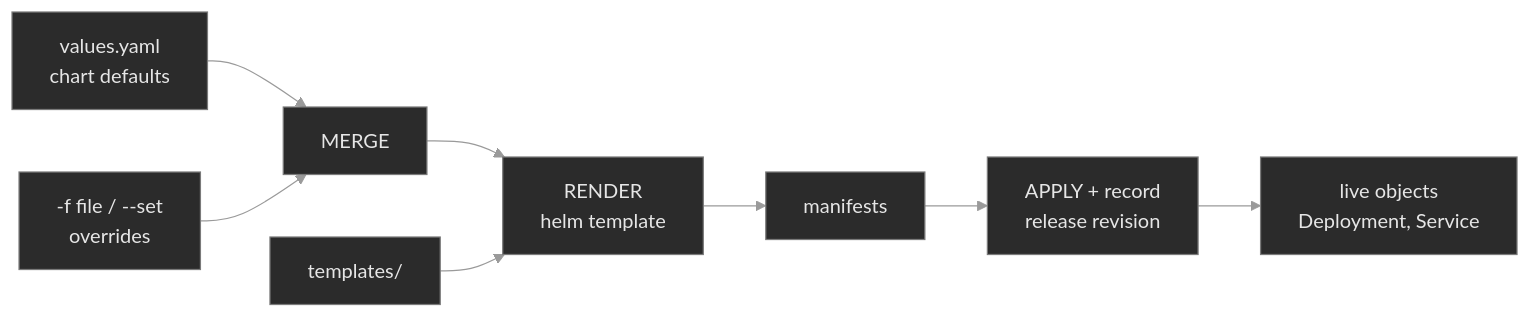
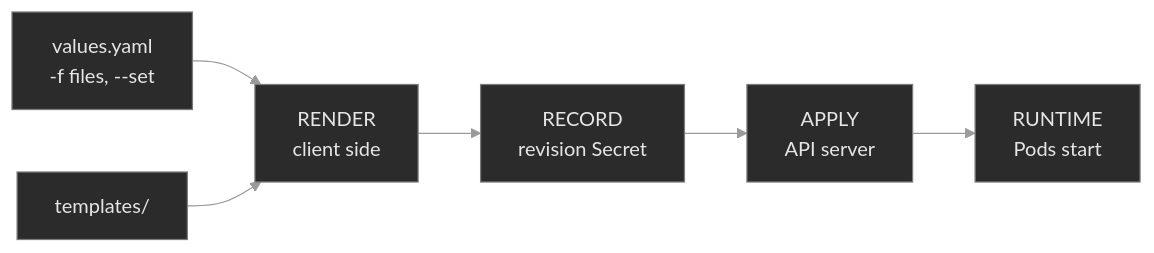
One commit to debozkurt/killercoda-k8s changed the diagram in m17-helm/LESSON.md. Above: the diagram before and after it, drawn with Mermaid. The commit also changed other lines of this file and 54 other files, not shown here.

````diff
--- a/m17-helm/LESSON.md
+++ b/m17-helm/LESSON.md
@@ -51,19 +48,20 @@
 ```mermaid
 %%{init: {'theme':'base', 'themeVariables': {
   'primaryColor':'#2b2b2b', 'primaryTextColor':'#e6e6e6',
   'primaryBorderColor':'#7a7a7a', 'lineColor':'#9a9a9a',
   'secondaryColor':'#3a3a3a', 'tertiaryColor':'#1f1f1f',
   'background':'#0f0f0f'
 }}}%%
 flowchart LR
-    vdef[values.yaml<br/>chart defaults]
-    vovr[-f file / --set<br/>overrides]
+    vals[values.yaml<br/>-f files, --set]
     tpl[templates/]
-    vdef --> merge[MERGE]
-    vovr --> merge
-    merge --> render[RENDER<br/>helm template]
+    render[RENDER<br/>client side]
+    rec[RECORD<br/>revision Secret]
+    apply[APPLY<br/>API server]
+    run[RUNTIME<br/>Pods start]
+    vals --> render
     tpl --> render
-    render --> man[manifests]
-    man --> apply[APPLY + record<br/>release revision]
-    apply --> obj[live objects<br/>Deployment, Service]
+    render --> rec
+    rec --> apply
+    apply --> run
 ```
````
